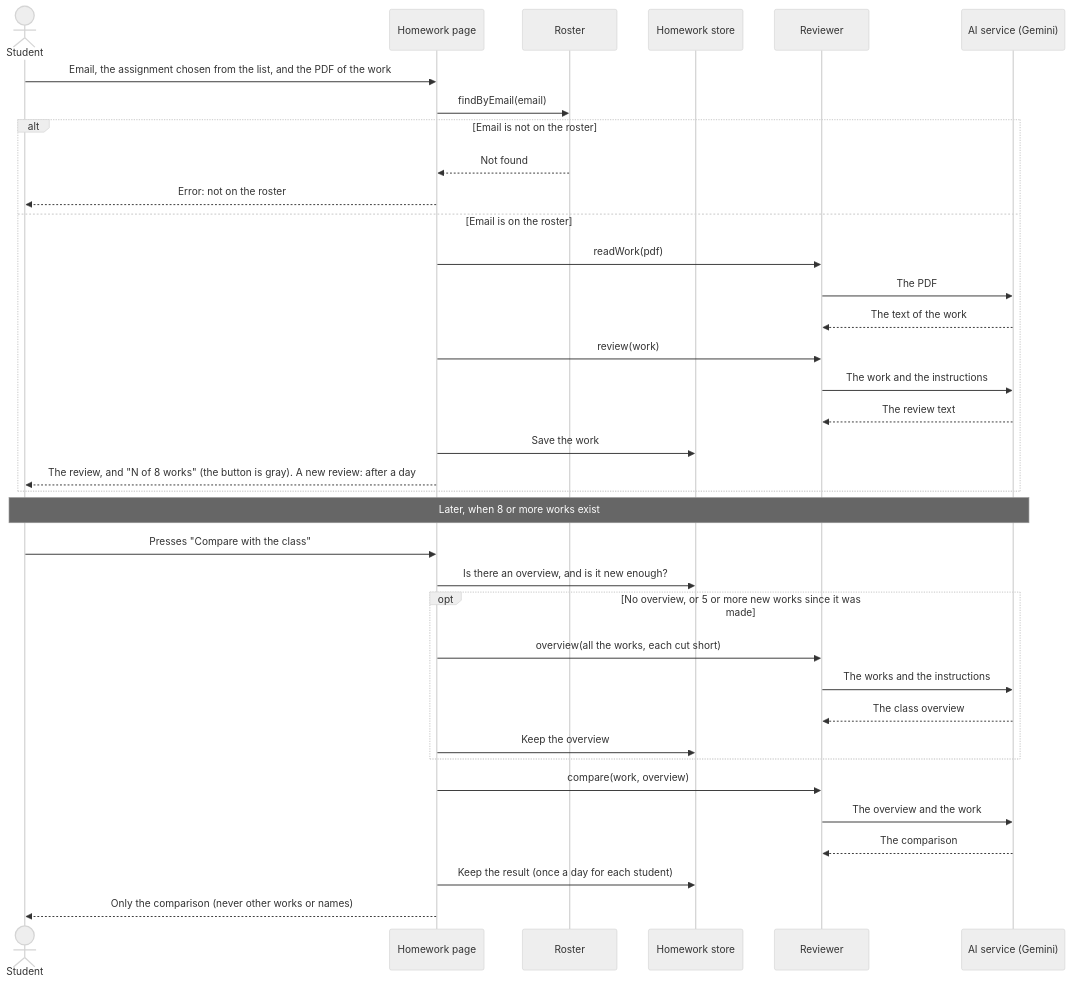
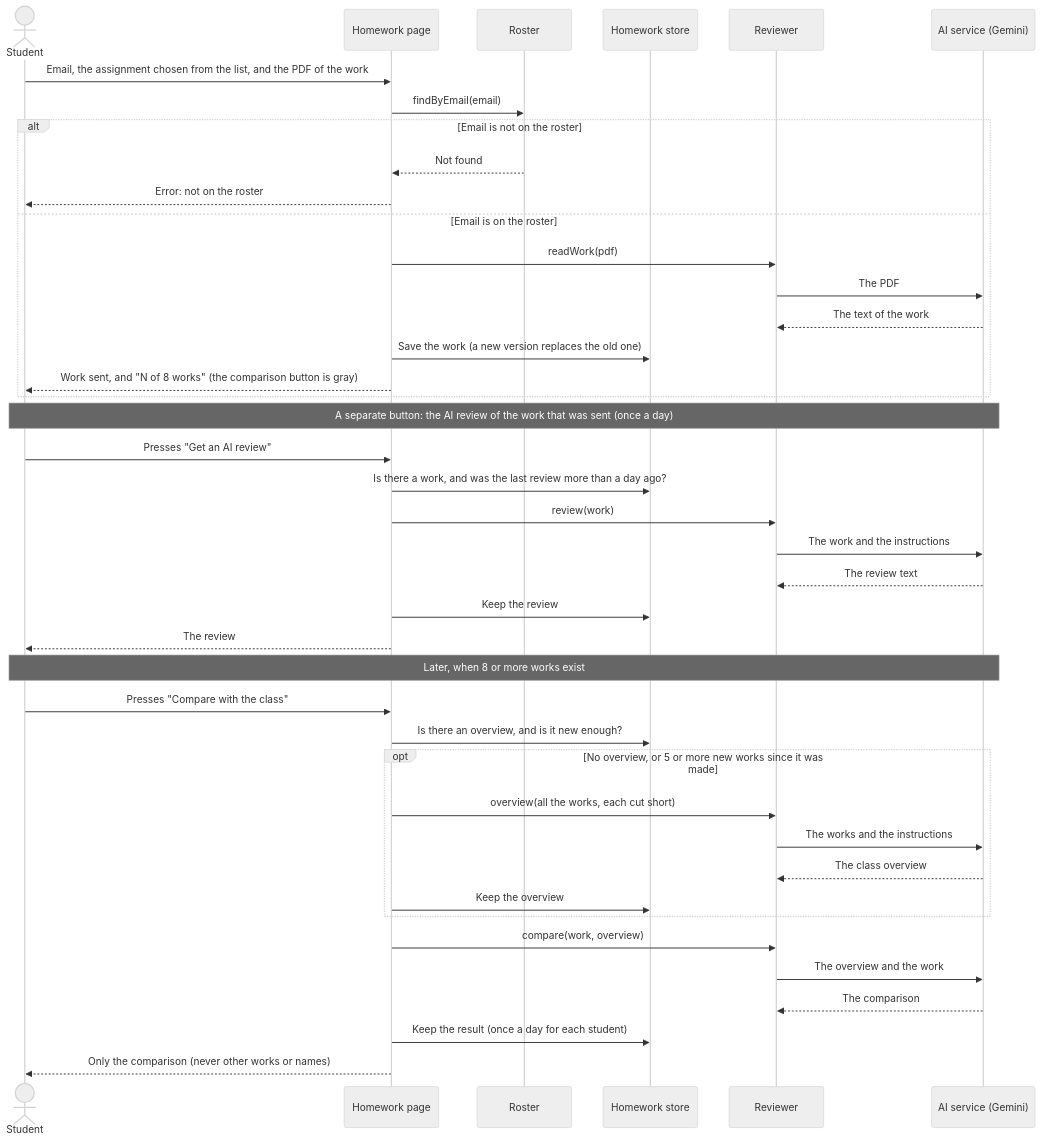
One commit to Maycaspi110/Class_Attendance changed the sixth of 9 diagrams in diagrams.md. Above: the diagram before and after it, drawn with Mermaid (neutral theme). The commit also changed other lines of this file and 10 other files, not shown here.

Commit message:
Document the separate send and review buttons

````diff
--- a/diagrams.md
+++ b/diagrams.md
@@ -259,40 +261,46 @@
 ```mermaid
 sequenceDiagram
   actor St as Student
   participant HP as Homework page
   participant R as Roster
   participant HS as Homework store
   participant RV as Reviewer
   participant AI as AI service (Gemini)
 
   St->>HP: Email, the assignment chosen from the list, and the PDF of the work
   HP->>R: findByEmail(email)
   alt Email is not on the roster
     R-->>HP: Not found
     HP-->>St: Error: not on the roster
   else Email is on the roster
     HP->>RV: readWork(pdf)
     RV->>AI: The PDF
     AI-->>RV: The text of the work
-    HP->>RV: review(work)
-    RV->>AI: The work and the instructions
-    AI-->>RV: The review text
-    HP->>HS: Save the work
-    HP-->>St: The review, and "N of 8 works" (the button is gray). A new review: after a day
+    HP->>HS: Save the work (a new version replaces the old one)
+    HP-->>St: Work sent, and "N of 8 works" (the comparison button is gray)
   end
+
+  Note over St,AI: A separate button: the AI review of the work that was sent (once a day)
+  St->>HP: Presses "Get an AI review"
+  HP->>HS: Is there a work, and was the last review more than a day ago?
+  HP->>RV: review(work)
+  RV->>AI: The work and the instructions
+  AI-->>RV: The review text
+  HP->>HS: Keep the review
+  HP-->>St: The review
 
   Note over St,AI: Later, when 8 or more works exist
   St->>HP: Presses "Compare with the class"
   HP->>HS: Is there an overview, and is it new enough?
   opt No overview, or 5 or more new works since it was made
     HP->>RV: overview(all the works, each cut short)
     RV->>AI: The works and the instructions
     AI-->>RV: The class overview
     HP->>HS: Keep the overview
   end
   HP->>RV: compare(work, overview)
   RV->>AI: The overview and the work
   AI-->>RV: The comparison
   HP->>HS: Keep the result (once a day for each student)
   HP-->>St: Only the comparison (never other works or names)
 ```
````
